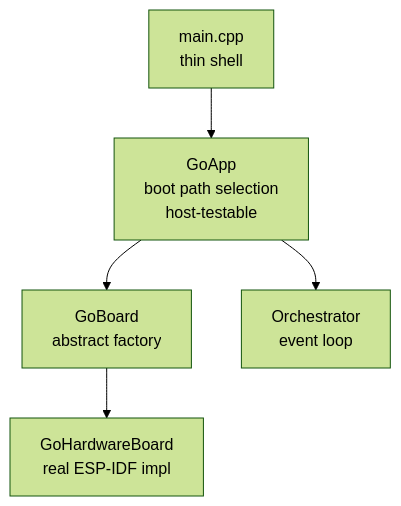
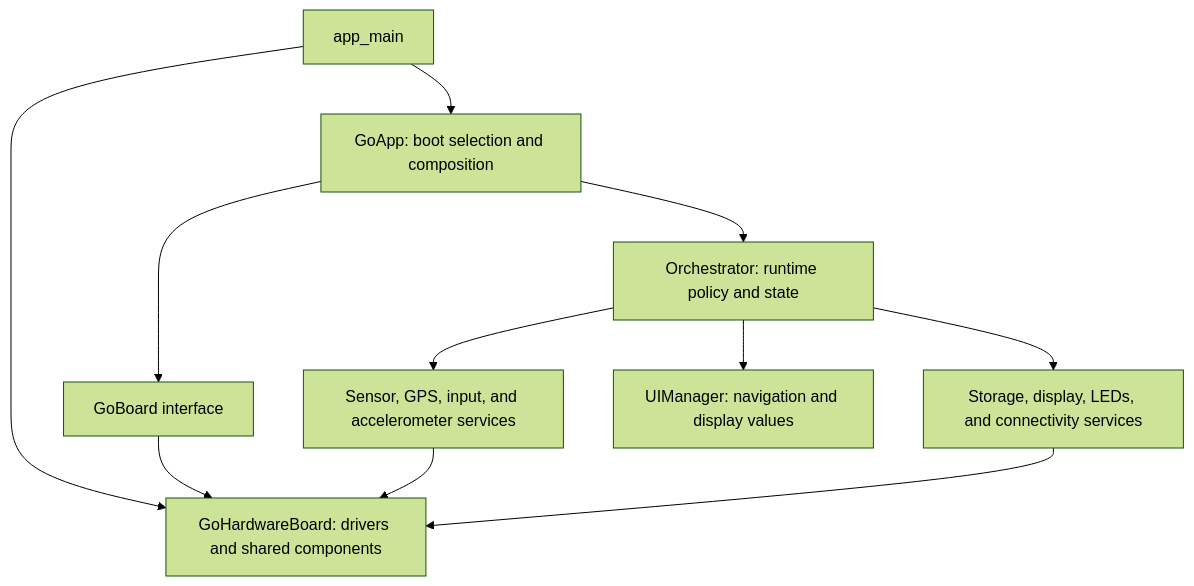
Before and after one commit to Open-Air-Foundation/firmware-core: the first of 8 diagrams in products/go/ARCHITECTURE.md, drawn with Mermaid (forest theme). The commit also changed other lines of this file and 15 other files, not shown here.

````diff
--- a/products/go/ARCHITECTURE.md
+++ b/products/go/ARCHITECTURE.md
@@ -80,13 +22,13 @@
 ```mermaid
 flowchart TD
-    Main["main.cpp<br/>thin shell"]
-    GoApp["GoApp<br/>boot path selection<br/>host-testable"]
-    GoBoard["GoBoard<br/>abstract factory"]
-    HwBoard["GoHardwareBoard<br/>real ESP-IDF impl"]
-    Orch["Orchestrator<br/>event loop"]
-
-    Main --> GoApp
-    GoApp --> GoBoard
-    GoBoard --> HwBoard
-    GoApp --> Orch
+    Main["app_main"] --> Board["GoHardwareBoard: drivers and shared components"]
+    Main --> App["GoApp: boot selection and composition"]
+    App --> Interface["GoBoard interface"]
+    Interface --> Board
+    App --> Orch["Orchestrator: runtime policy and state"]
+    Orch --> Producers["Sensor, GPS, input, and accelerometer services"]
+    Orch --> Consumers["Storage, display, LEDs, and connectivity services"]
+    Orch --> UI["UIManager: navigation and display values"]
+    Producers --> Board
+    Consumers --> Board
 ```
````
